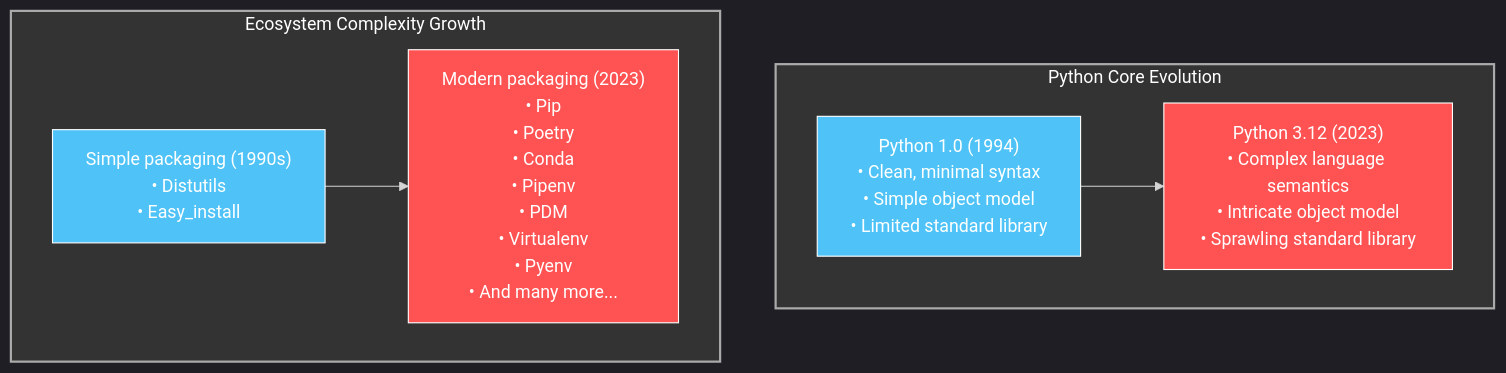
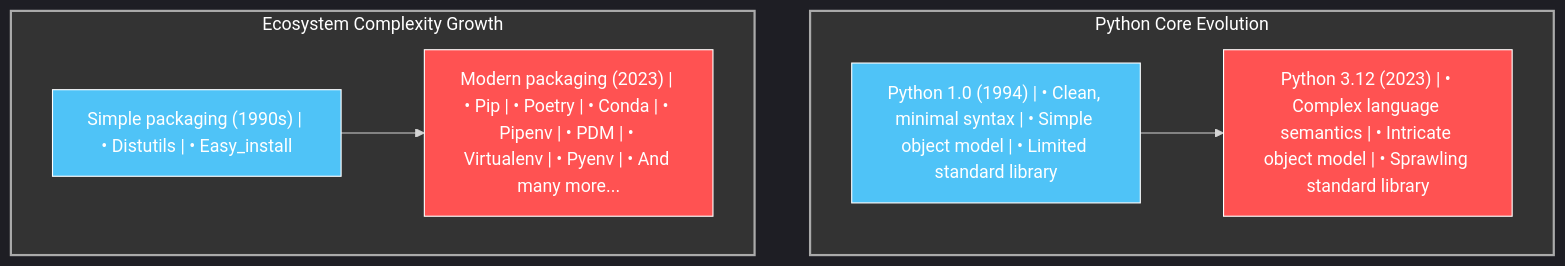
Before and after one commit to houstonhaynes/AD4SDocs: the second of 2 diagrams in 01 Pythons Winding Path to Antifragility.md, drawn with Mermaid. The commit also changed other lines of this file and 4 other files, not shown here.

Commit message:
Fix mermaid diagrams

````diff
--- a/01 Pythons Winding Path to Antifragility.md
+++ b/01 Pythons Winding Path to Antifragility.md
@@ -71,23 +71,23 @@
 ```mermaid
 %%{init: {'theme': 'dark', 'themeVariables': { 'primaryColor': '#242424', 'primaryTextColor': '#fff', 'primaryBorderColor': '#888', 'lineColor': '#d3d3d3', 'secondaryColor': '#2b2b2b', 'tertiaryColor': '#333' }}}%%
 graph TD
     subgraph CorePython["Python Core Evolution"]
-        PythonOriginal["Python 1.0 (1994)\n• Clean, minimal syntax\n• Simple object model\n• Limited standard library"]
-        PythonModern["Python 3.12 (2023)\n• Complex language semantics\n• Intricate object model\n• Sprawling standard library"]
+        PythonOriginal["Python 1.0 (1994) | • Clean, minimal syntax | • Simple object model | • Limited standard library"]
+        PythonModern["Python 3.12 (2023) | • Complex language semantics | • Intricate object model | • Sprawling standard library"]
     end
     
     subgraph Ecosystem["Ecosystem Complexity Growth"]
-        SimplePackaging["Simple packaging (1990s)\n• Distutils\n• Easy_install"]
-        ComplexPackaging["Modern packaging (2023)\n• Pip\n• Poetry\n• Conda\n• Pipenv\n• PDM\n• Virtualenv\n• Pyenv\n• And many more..."]
+        SimplePackaging["Simple packaging (1990s) | • Distutils | • Easy_install"]
+        ComplexPackaging["Modern packaging (2023) | • Pip | • Poetry | • Conda | • Pipenv | • PDM | • Virtualenv | • Pyenv | • And many more..."]
     end
     
     PythonOriginal --> PythonModern
     SimplePackaging --> ComplexPackaging
     
     style CorePython fill:#333,stroke:#aaa,stroke-width:2px,color:#fff
     style Ecosystem fill:#333,stroke:#aaa,stroke-width:2px,color:#fff
     style PythonOriginal fill:#4FC3F7,stroke:#fff,stroke-width:1px,color:#fff
     style PythonModern fill:#FF5252,stroke:#fff,stroke-width:1px,color:#fff
     style SimplePackaging fill:#4FC3F7,stroke:#fff,stroke-width:1px,color:#fff
     style ComplexPackaging fill:#FF5252,stroke:#fff,stroke-width:1px,color:#fff
 ```
````
